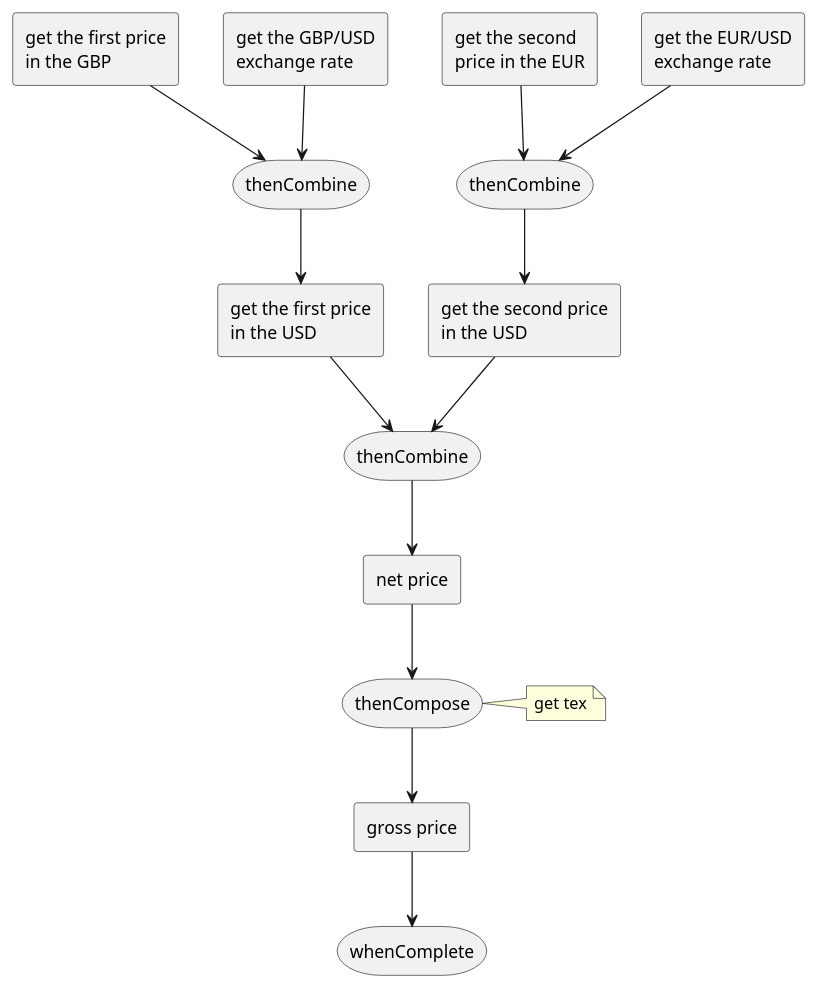
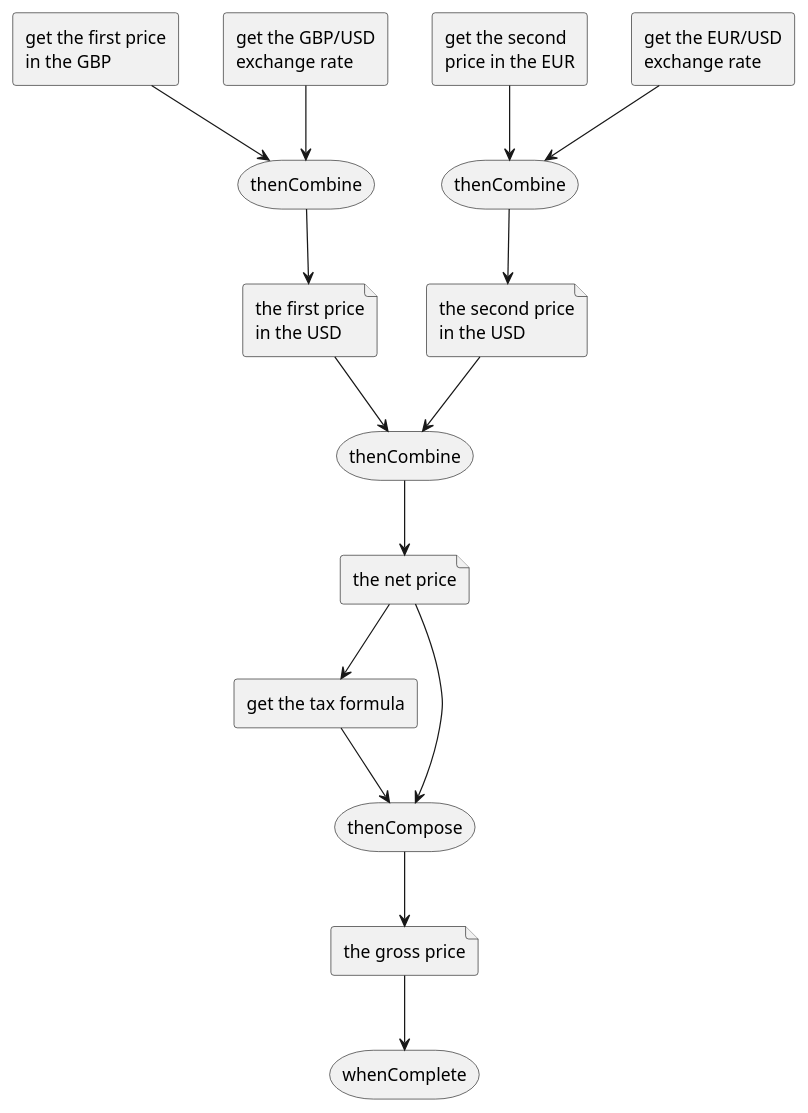
Before and after one commit to ti-cortex-m4/demo-java-completablefuture: the diagram in images/workflow2.puml, drawn with PlantUML.

```diff
--- a/images/workflow2.puml
+++ b/images/workflow2.puml
@@ -1,39 +1,42 @@
 @startuml
+scale 1.0
 
 rectangle "get the first price\nin the GBP" as step1
 rectangle "get the GBP/USD\nexchange rate" as step2
 storage  "thenCombine" as step3
-rectangle "get the first price\nin the USD" as step3a
+file "the first price\nin the USD" as step3a
 
 rectangle "get the second\nprice in the EUR" as step4
 rectangle "get the EUR/USD\nexchange rate" as step5
 storage  "thenCombine" as step6
-rectangle "get the second price\nin the USD" as step6a
+file "the second price\nin the USD" as step6a
 
 storage  "thenCombine" as step7
-rectangle "net price" as step7a
+file "the net price" as step7a
+rectangle "get the tax formula" as step7b
 
 storage  "thenCompose" as step8
-note right of step8 : get tex
-rectangle "gross price" as step8a
+file "the gross price" as step8a
 
 storage  "whenComplete" as step9
 
 step1 --> step3
 step2 --> step3
 step3 --> step3a
 
 step4 --> step6
 step5 --> step6
 step6 --> step6a
 
 step3a --> step7
 step6a --> step7
 
 step7 --> step7a
+step7a --> step7b
 step7a --> step8
+step7b --> step8
 
 step8 --> step8a
 step8a --> step9
 
 @enduml
```
